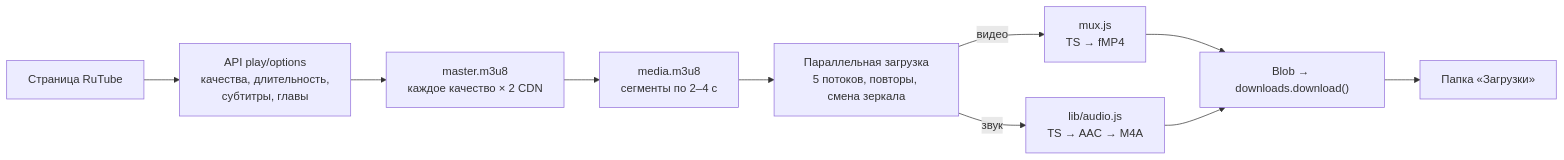
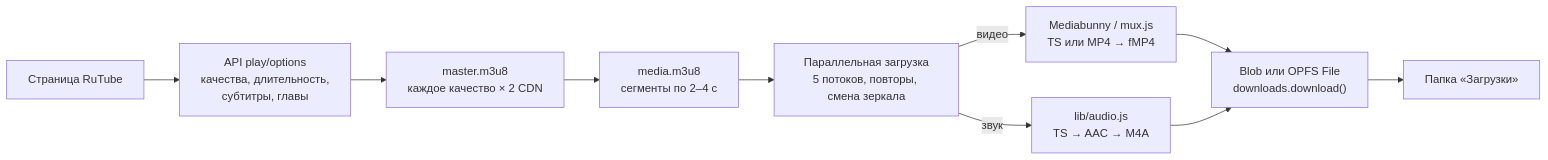
The diagram in README.md (xxnetme/rutube-tools), drawn with Mermaid before and after one commit. The commit also changed other lines of this file and 52 other files, not shown here.

````diff
--- a/README.md
+++ b/README.md
@@ -182,12 +192,12 @@
 ```mermaid
 flowchart LR
     A["Страница RuTube"] --> B["API play/options<br/>качества, длительность,<br/>субтитры, главы"]
     B --> C["master.m3u8<br/>каждое качество × 2 CDN"]
     C --> D["media.m3u8<br/>сегменты по 2–4 с"]
     D --> E["Параллельная загрузка<br/>5 потоков, повторы, смена зеркала"]
-    E -->|видео| F["mux.js<br/>TS → fMP4"]
+    E -->|видео| F["Mediabunny / mux.js<br/>TS или MP4 → fMP4"]
     E -->|звук| G["lib/audio.js<br/>TS → AAC → M4A"]
-    F --> H["Blob → downloads.download()"]
+    F --> H["Blob или OPFS File<br/>downloads.download()"]
     G --> H
     H --> I["Папка «Загрузки»"]
 ```
````
